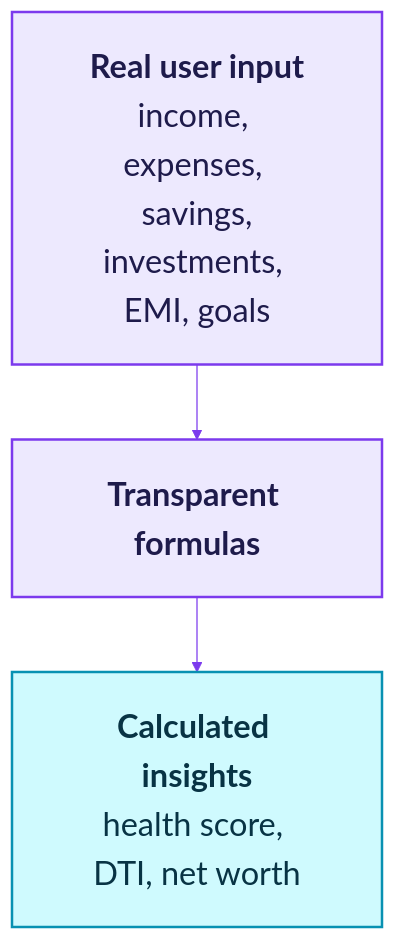
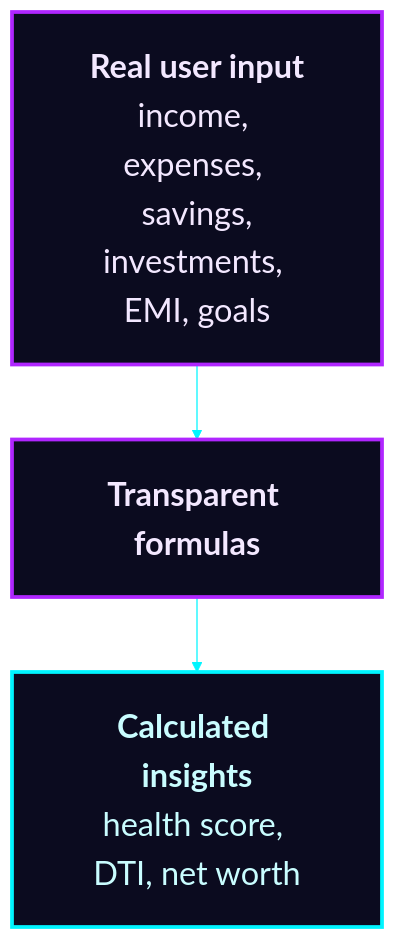
One commit to Mansi232323/MANSHORA changed the fifth of 13 diagrams in README.md. Above: the diagram before and after it, drawn with Mermaid. The commit also changed other lines of this file, not shown here.

````diff
--- a/README.md
+++ b/README.md
@@ -200,12 +200,12 @@
 ```mermaid
-%%{init: {'theme':'base','themeVariables':{'fontSize':'26px','lineColor':'#7c3aed'},'flowchart':{'nodeSpacing':50,'rankSpacing':60,'padding':24,'htmlLabels':true}}}%%
+%%{init: {'theme':'base','themeVariables':{'fontSize':'26px','lineColor':'#00f5ff','clusterBkg':'#0b0b1f','clusterBorder':'#ff00e5','titleColor':'#ff00e5','edgeLabelBackground':'#0b0b1f'},'flowchart':{'nodeSpacing':50,'rankSpacing':60,'padding':24,'htmlLabels':true}}}%%
 flowchart TB
     I["<b>Real user input</b><br/>income, expenses, savings,<br/>investments, EMI, goals"]
     K["<b>Transparent formulas</b>"]
     O["<b>Calculated insights</b><br/>health score, DTI, net worth"]
     I --> K --> O
-    classDef flow fill:#ede9fe,stroke:#7c3aed,stroke-width:2px,color:#1e1b4b
-    classDef out fill:#cffafe,stroke:#0891b2,stroke-width:2px,color:#083344
+    classDef flow fill:#0b0b1f,stroke:#b026ff,stroke-width:3px,color:#f3e8ff
+    classDef out fill:#0b0b1f,stroke:#00f5ff,stroke-width:3px,color:#c9fdff
     class I,K flow
     class O out
 ```
````
